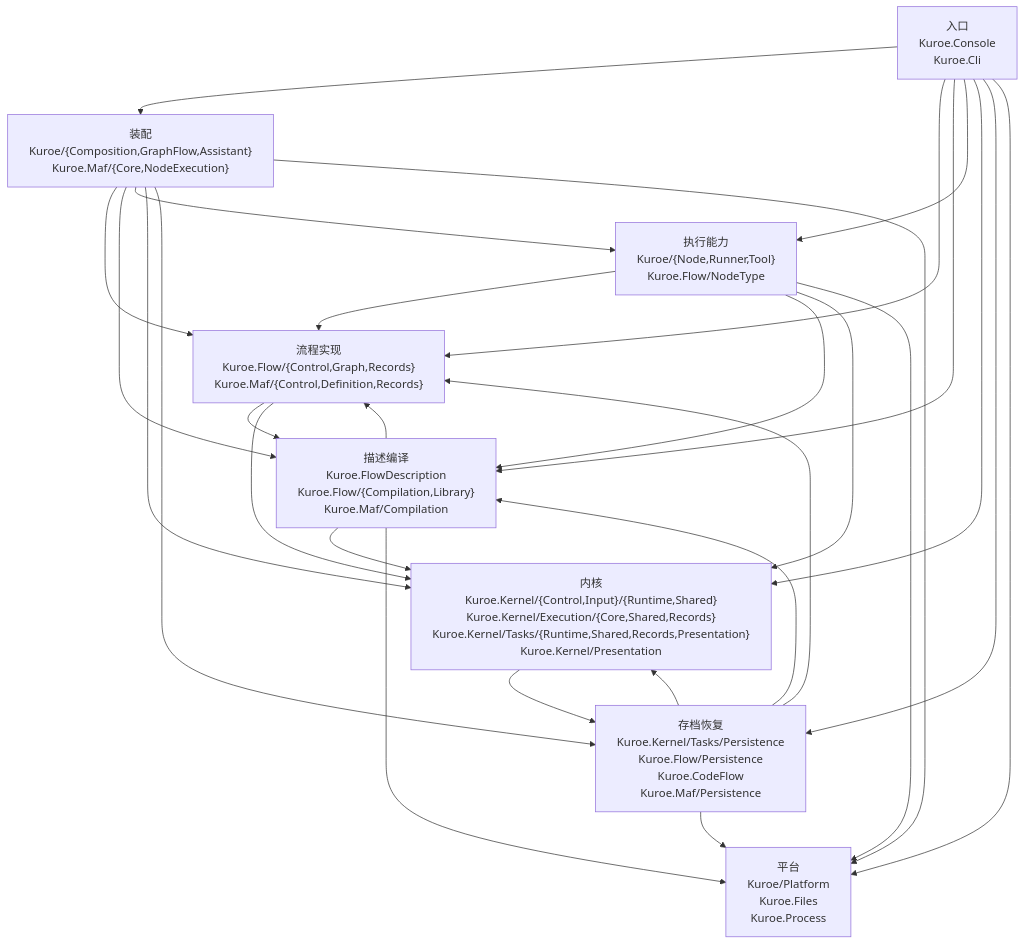
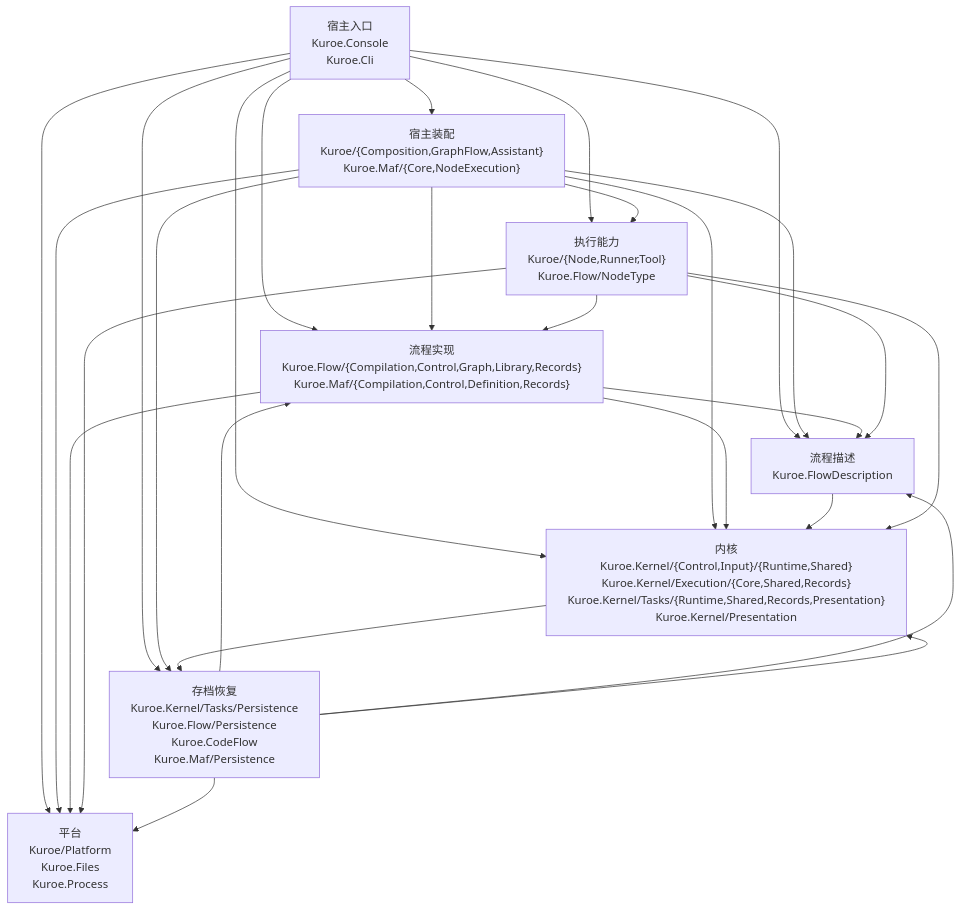
Before and after one commit to DrMelt/Kuroe: the diagram in docs/dev/architecture/functional_boundary/index.md, drawn with Mermaid. The commit also changed other lines of this file and 10 other files, not shown here.

````diff
--- a/docs/dev/architecture/functional_boundary/index.md
+++ b/docs/dev/architecture/functional_boundary/index.md
@@ -3,39 +3,38 @@
 ```mermaid
 flowchart TD
-    LEntry["入口<br>Kuroe.Console<br>Kuroe.Cli"]
-    LAssembly["装配<br>Kuroe/{Composition,GraphFlow,Assistant}<br>Kuroe.Maf/{Core,NodeExecution}"]
-    LFlow["流程实现<br>Kuroe.Flow/{Control,Graph,Records}<br>Kuroe.Maf/{Control,Definition,Records}"]
-    LDescription["描述编译<br>Kuroe.FlowDescription<br>Kuroe.Flow/{Compilation,Library}<br>Kuroe.Maf/Compilation"]
+    LEntry["宿主入口<br>Kuroe.Console<br>Kuroe.Cli"]
+    LAssembly["宿主装配<br>Kuroe/{Composition,GraphFlow,Assistant}<br>Kuroe.Maf/{Core,NodeExecution}"]
+    LFlow["流程实现<br>Kuroe.Flow/{Compilation,Control,Graph,Library,Records}<br>Kuroe.Maf/{Compilation,Control,Definition,Records}"]
+    LDescription["流程描述<br>Kuroe.FlowDescription"]
     LAbility["执行能力<br>Kuroe/{Node,Runner,Tool}<br>Kuroe.Flow/NodeType"]
     LPersistence["存档恢复<br>Kuroe.Kernel/Tasks/Persistence<br>Kuroe.Flow/Persistence<br>Kuroe.CodeFlow<br>Kuroe.Maf/Persistence"]
     LKernel["内核<br>Kuroe.Kernel/{Control,Input}/{Runtime,Shared}<br>Kuroe.Kernel/Execution/{Core,Shared,Records}<br>Kuroe.Kernel/Tasks/{Runtime,Shared,Records,Presentation}<br>Kuroe.Kernel/Presentation"]
     LPlatform["平台<br>Kuroe/Platform<br>Kuroe.Files<br>Kuroe.Process"]
 
     LEntry --> LAssembly
     LEntry --> LFlow
     LEntry --> LDescription
     LEntry --> LAbility
     LEntry --> LKernel
     LEntry --> LPersistence
     LEntry --> LPlatform
     LAssembly --> LFlow
     LAssembly --> LDescription
     LAssembly --> LAbility
     LAssembly --> LKernel
     LAssembly --> LPersistence
     LAssembly --> LPlatform
     LFlow --> LDescription
     LFlow --> LKernel
-    LDescription --> LFlow
+    LFlow --> LPlatform
     LDescription --> LKernel
-    LDescription --> LPlatform
     LAbility --> LFlow
     LAbility --> LDescription
     LAbility --> LKernel
     LAbility --> LPlatform
     LPersistence --> LFlow
     LPersistence --> LDescription
     LPersistence --> LKernel
     LPersistence --> LPlatform
     LKernel --> LPersistence
 ```
````
